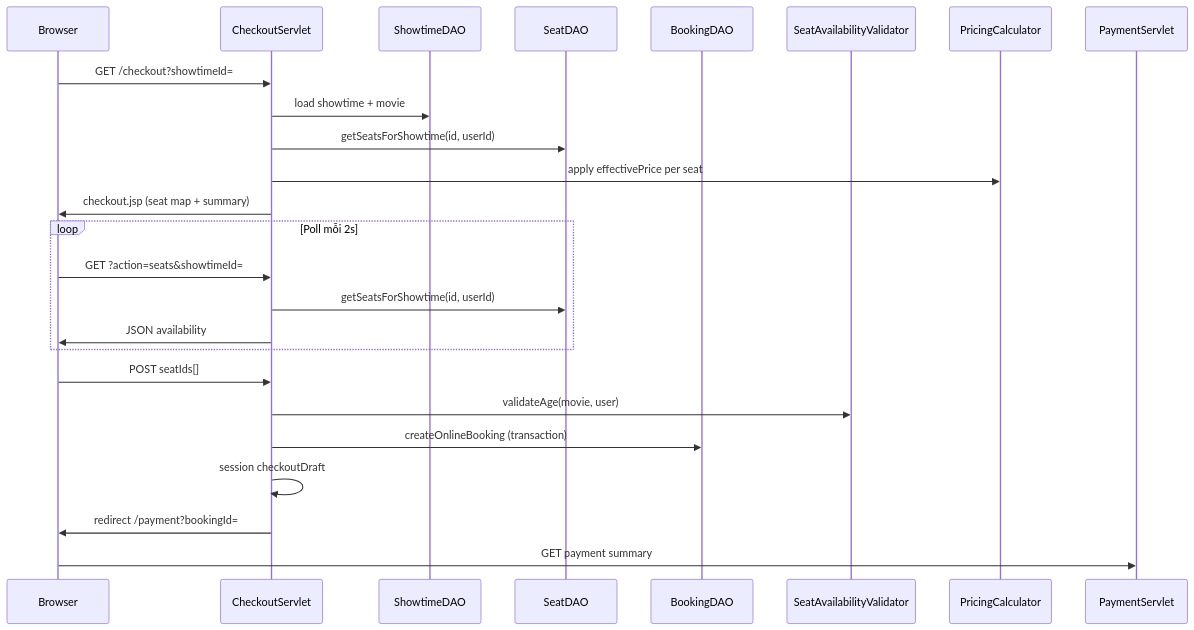
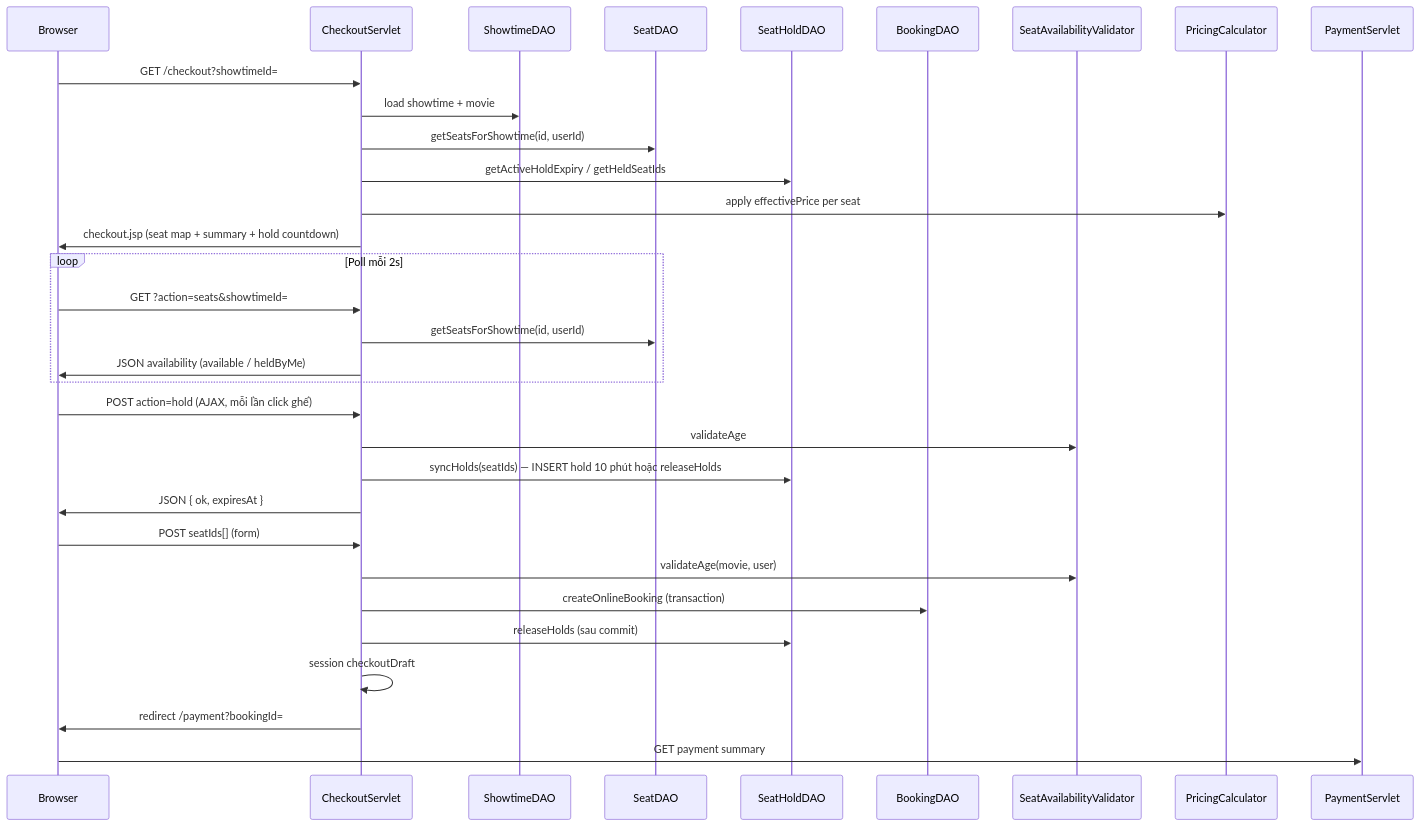
Before and after one commit to khiem1301/MovieTicketBookingSystem: the second of 2 diagrams in CUSTOMER_MODULE_DETAIL.md, drawn with Mermaid. The commit also changed other lines of this file and 19 other files, not shown here.

````diff
--- a/CUSTOMER_MODULE_DETAIL.md
+++ b/CUSTOMER_MODULE_DETAIL.md
@@ -328,30 +342,38 @@
 ```mermaid
 sequenceDiagram
     participant B as Browser
     participant C as CheckoutServlet
     participant SD as ShowtimeDAO
     participant SeD as SeatDAO
+    participant SH as SeatHoldDAO
     participant BD as BookingDAO
     participant V as SeatAvailabilityValidator
     participant PC as PricingCalculator
     participant P as PaymentServlet
 
     B->>C: GET /checkout?showtimeId=
     C->>SD: load showtime + movie
     C->>SeD: getSeatsForShowtime(id, userId)
+    C->>SH: getActiveHoldExpiry / getHeldSeatIds
     C->>PC: apply effectivePrice per seat
-    C->>B: checkout.jsp (seat map + summary)
+    C->>B: checkout.jsp (seat map + summary + hold countdown)
 
     loop Poll mỗi 2s
         B->>C: GET ?action=seats&showtimeId=
         C->>SeD: getSeatsForShowtime(id, userId)
-        C->>B: JSON availability
+        C->>B: JSON availability (available / heldByMe)
     end
 
-    B->>C: POST seatIds[]
+    B->>C: POST action=hold (AJAX, mỗi lần click ghế)
+    C->>V: validateAge
+    C->>SH: syncHolds(seatIds) — INSERT hold 10 phút hoặc releaseHolds
+    C->>B: JSON { ok, expiresAt }
+
+    B->>C: POST seatIds[] (form)
     C->>V: validateAge(movie, user)
     C->>BD: createOnlineBooking (transaction)
+    C->>SH: releaseHolds (sau commit)
     C->>C: session checkoutDraft
     C->>B: redirect /payment?bookingId=
     B->>P: GET payment summary
 ```
````
